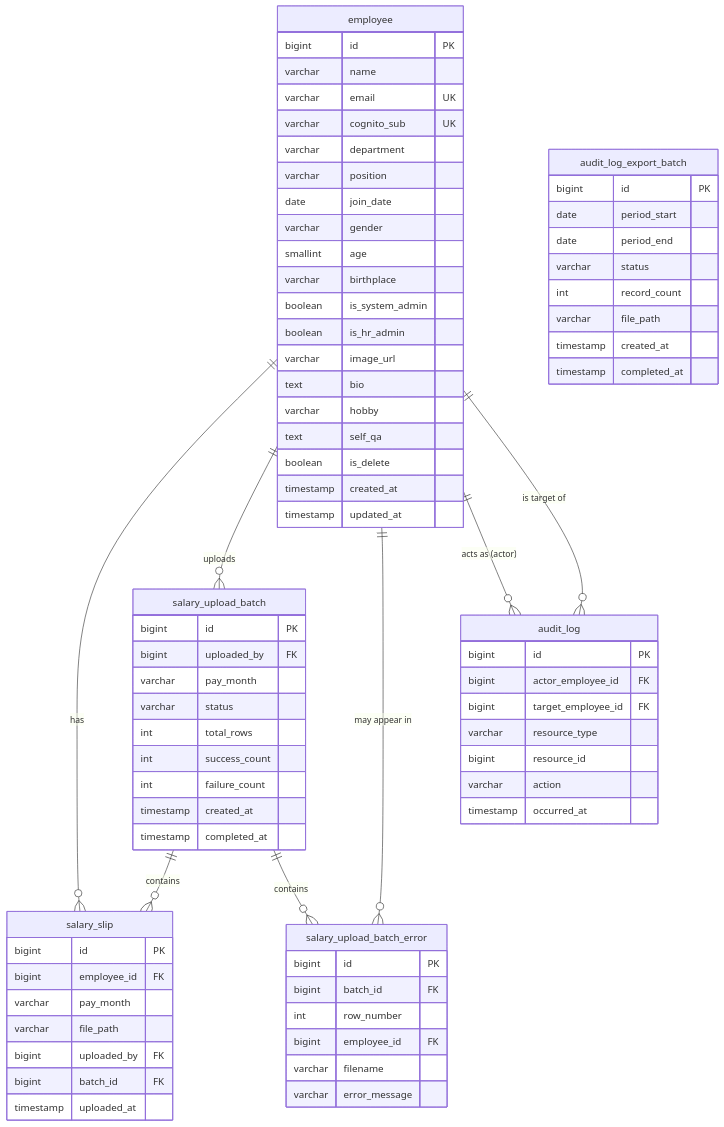
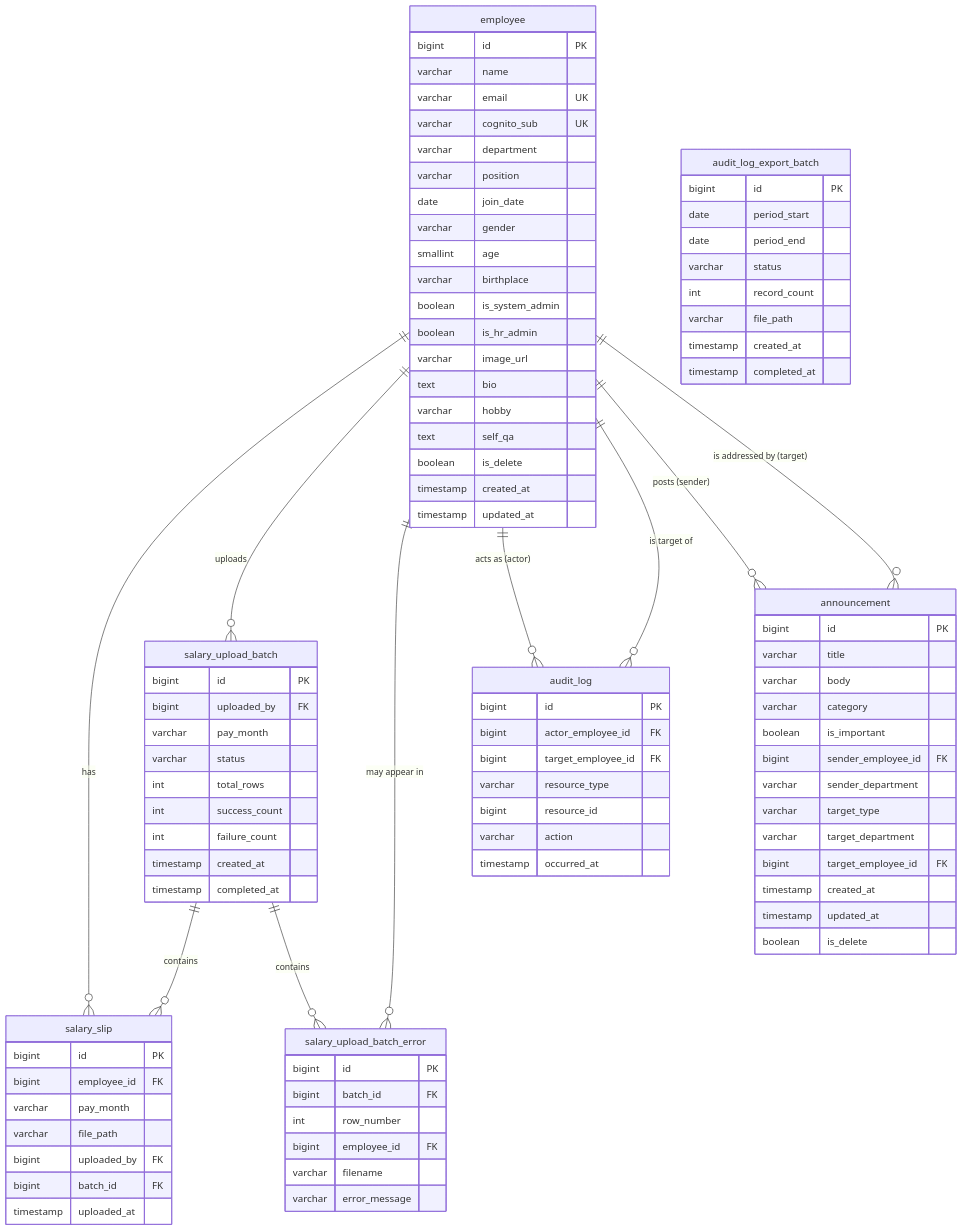
The diagram in docs/er-diagram.mmd (rintarochiba-ctrl/Pontal1), drawn with Mermaid before and after one commit. The commit also changed 10 other files, not shown here.

```diff
--- a/docs/er-diagram.mmd
+++ b/docs/er-diagram.mmd
@@ -1,82 +1,100 @@
 erDiagram
     employee ||--o{ salary_slip : "has"
     employee ||--o{ salary_upload_batch : "uploads"
     employee ||--o{ salary_upload_batch_error : "may appear in"
     employee ||--o{ audit_log : "acts as (actor)"
     employee ||--o{ audit_log : "is target of"
+    employee ||--o{ announcement : "posts (sender)"
+    employee ||--o{ announcement : "is addressed by (target)"
     salary_upload_batch ||--o{ salary_slip : "contains"
     salary_upload_batch ||--o{ salary_upload_batch_error : "contains"
 
     employee {
         bigint id PK
         varchar name
         varchar email UK
         varchar cognito_sub UK
         varchar department
         varchar position
         date join_date
         varchar gender
         smallint age
         varchar birthplace
         boolean is_system_admin
         boolean is_hr_admin
         varchar image_url
         text bio
         varchar hobby
         text self_qa
         boolean is_delete
         timestamp created_at
         timestamp updated_at
     }
 
     salary_upload_batch {
         bigint id PK
         bigint uploaded_by FK
         varchar pay_month
         varchar status
         int total_rows
         int success_count
         int failure_count
         timestamp created_at
         timestamp completed_at
     }
 
     salary_slip {
         bigint id PK
         bigint employee_id FK
         varchar pay_month
         varchar file_path
         bigint uploaded_by FK
         bigint batch_id FK
         timestamp uploaded_at
     }
 
     salary_upload_batch_error {
         bigint id PK
         bigint batch_id FK
         int row_number
         bigint employee_id FK
         varchar filename
         varchar error_message
     }
 
     audit_log {
         bigint id PK
         bigint actor_employee_id FK
         bigint target_employee_id FK
         varchar resource_type
         bigint resource_id
         varchar action
         timestamp occurred_at
     }
 
     audit_log_export_batch {
         bigint id PK
         date period_start
         date period_end
         varchar status
         int record_count
         varchar file_path
         timestamp created_at
         timestamp completed_at
     }
+
+    announcement {
+        bigint id PK
+        varchar title
+        varchar body
+        varchar category
+        boolean is_important
+        bigint sender_employee_id FK
+        varchar sender_department
+        varchar target_type
+        varchar target_department
+        bigint target_employee_id FK
+        timestamp created_at
+        timestamp updated_at
+        boolean is_delete
+    }
```
